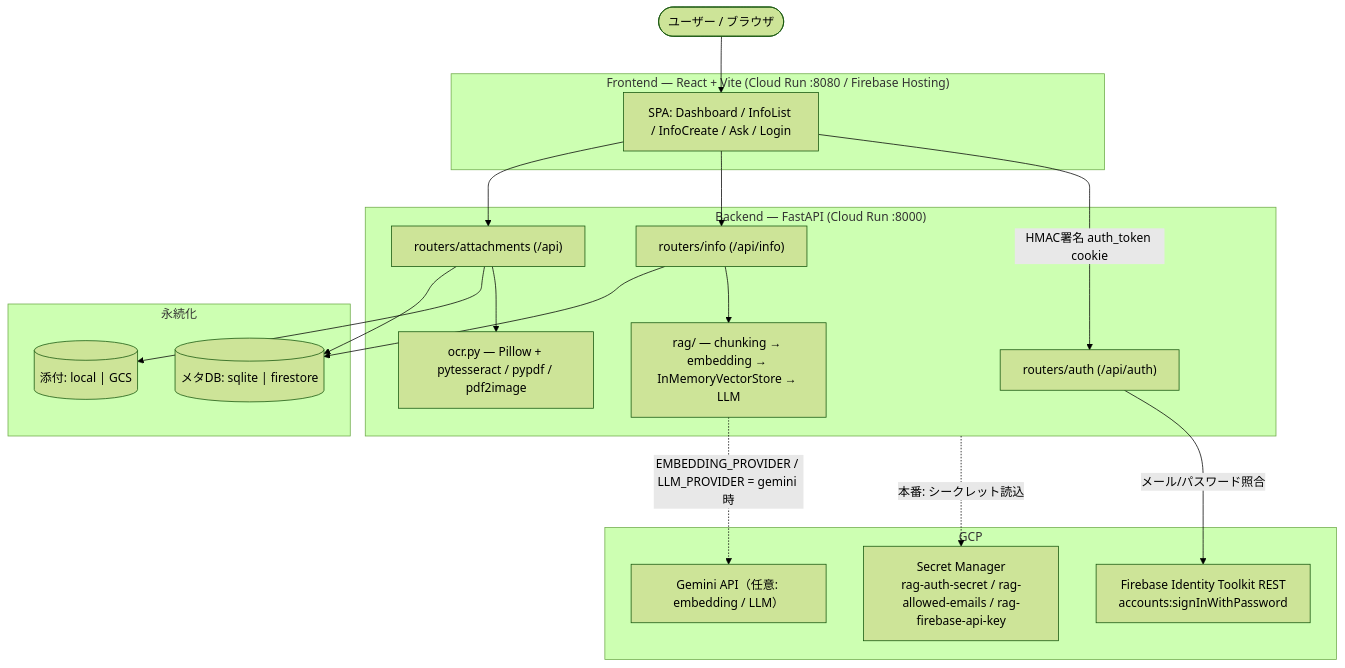
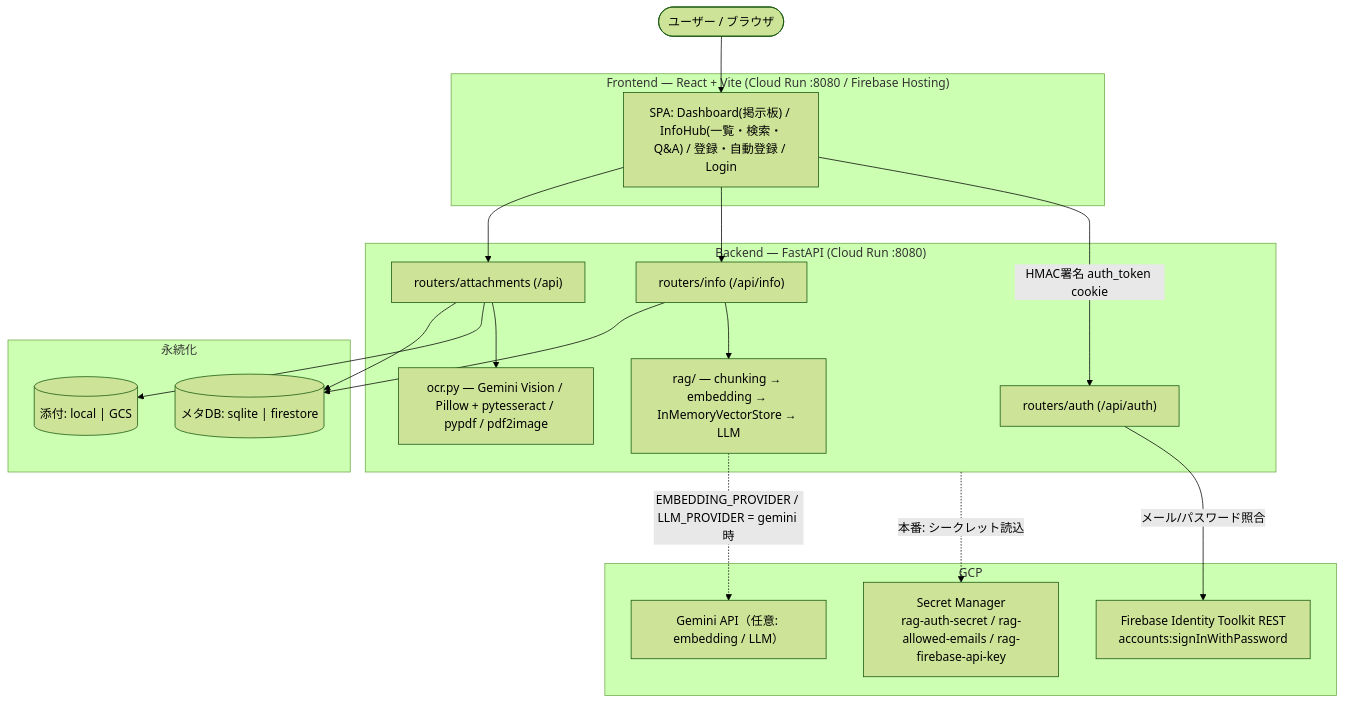
The first of 2 diagrams in README.md (sota1111/toddler-private-rag), drawn with Mermaid (forest theme) before and after one commit. The commit also changed other lines of this file, not shown here.

````diff
--- a/README.md
+++ b/README.md
@@ -20,40 +26,40 @@
 ```mermaid
 flowchart TD
     User([ユーザー / ブラウザ])
 
     subgraph Frontend["Frontend — React + Vite (Cloud Run :8080 / Firebase Hosting)"]
-        FE["SPA: Dashboard / InfoList / InfoCreate / Ask / Login"]
+        FE["SPA: Dashboard(掲示板) / InfoHub(一覧・検索・Q&A) / 登録・自動登録 / Login"]
     end
 
-    subgraph Backend["Backend — FastAPI (Cloud Run :8000)"]
+    subgraph Backend["Backend — FastAPI (Cloud Run :8080)"]
         AUTH["routers/auth (/api/auth)"]
         ATT["routers/attachments (/api)"]
         INFO["routers/info (/api/info)"]
-        OCR["ocr.py — Pillow + pytesseract / pypdf / pdf2image"]
+        OCR["ocr.py — Gemini Vision / Pillow + pytesseract / pypdf / pdf2image"]
         RAG["rag/ — chunking → embedding → InMemoryVectorStore → LLM"]
     end
 
     subgraph Storage["永続化"]
         DB[("メタDB: sqlite | firestore")]
         FILES[("添付: local | GCS")]
     end
 
     subgraph GCP["GCP"]
         IDT["Firebase Identity Toolkit REST<br/>accounts:signInWithPassword"]
         SM["Secret Manager<br/>rag-auth-secret / rag-allowed-emails / rag-firebase-api-key"]
         GEM["Gemini API（任意: embedding / LLM）"]
     end
 
     User --> FE
     FE -->|"HMAC署名 auth_token cookie"| AUTH
     FE --> INFO
     FE --> ATT
     AUTH -->|"メール/パスワード照合"| IDT
     ATT --> OCR
     ATT --> FILES
     INFO --> RAG
     INFO --> DB
     ATT --> DB
     RAG -. "EMBEDDING_PROVIDER / LLM_PROVIDER = gemini 時" .-> GEM
     Backend -. "本番: シークレット読込" .-> SM
 ```
````
